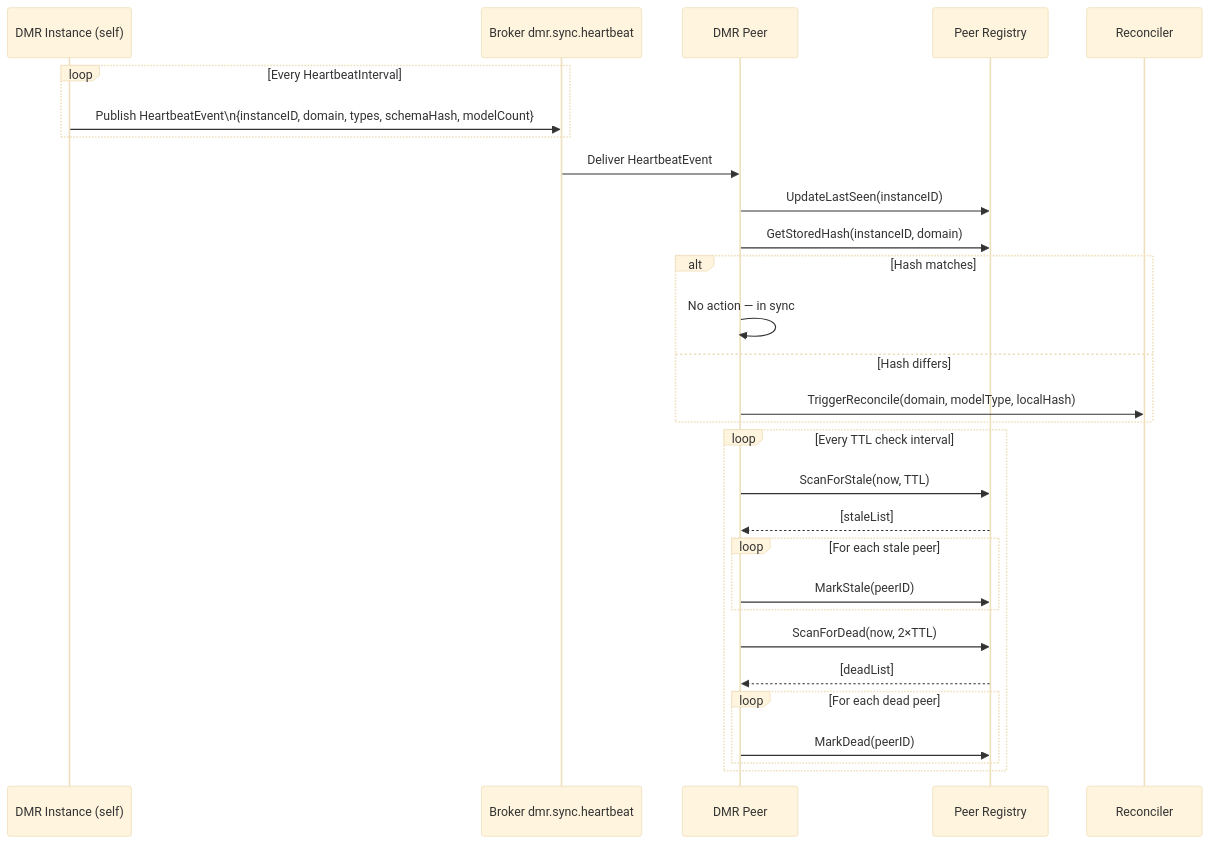
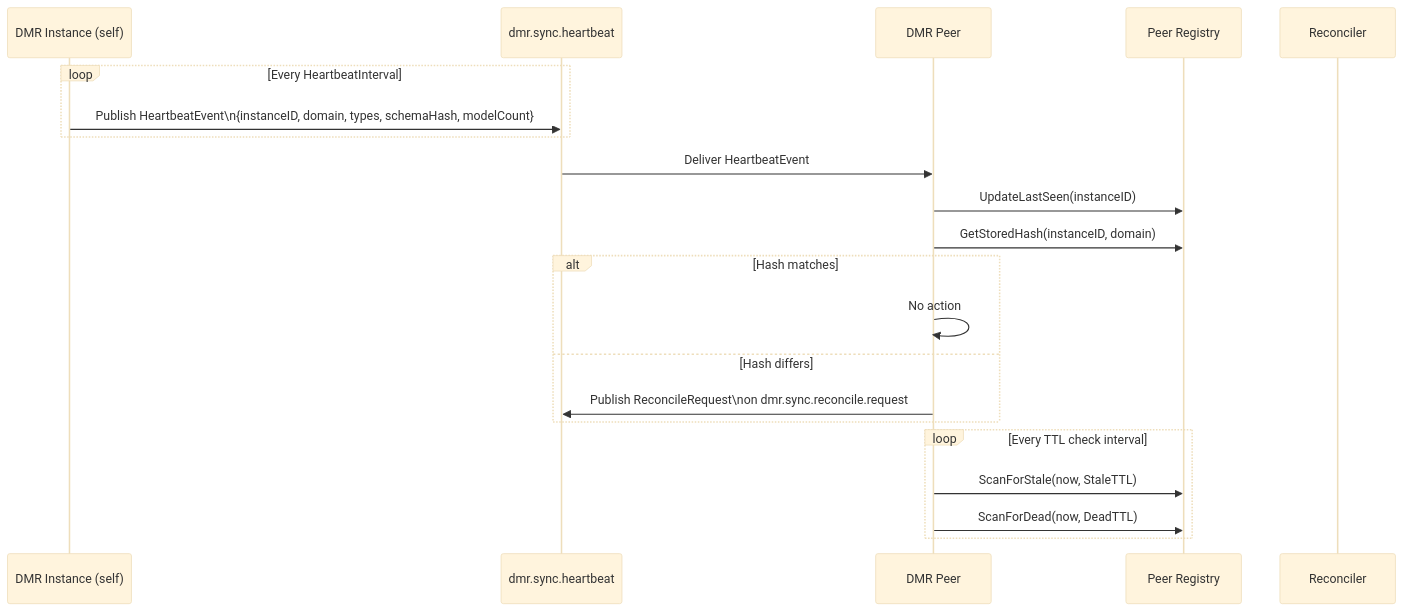
Diagram 14 of 19 in data-model-registry/dmr-sync-design.md (emirbh/misc), drawn with Mermaid (base theme) before and after one commit. The commit also changed other lines of this file, not shown here.

Commit message:
dmr sync

````diff
--- a/data-model-registry/dmr-sync-design.md
+++ b/data-model-registry/dmr-sync-design.md
@@ -440,36 +650,27 @@
 ```mermaid
 sequenceDiagram
     participant Self as DMR Instance (self)
-    participant B as Broker dmr.sync.heartbeat
+    participant B as dmr.sync.heartbeat
     participant Peer as DMR Peer
     participant Reg as Peer Registry
     participant Rec as Reconciler
 
     loop Every HeartbeatInterval
         Self->>B: Publish HeartbeatEvent\n{instanceID, domain, types, schemaHash, modelCount}
     end
 
     B->>Peer: Deliver HeartbeatEvent
-
     Peer->>Reg: UpdateLastSeen(instanceID)
     Peer->>Reg: GetStoredHash(instanceID, domain)
 
     alt Hash matches
-        Peer->>Peer: No action — in sync
+        Peer->>Peer: No action
     else Hash differs
-        Peer->>Rec: TriggerReconcile(domain, modelType, localHash)
+        Peer->>B: Publish ReconcileRequest\non dmr.sync.reconcile.request
     end
 
     loop Every TTL check interval
-        Peer->>Reg: ScanForStale(now, TTL)
-        Reg-->>Peer: [staleList]
-        loop For each stale peer
-            Peer->>Reg: MarkStale(peerID)
-        end
-        Peer->>Reg: ScanForDead(now, 2×TTL)
-        Reg-->>Peer: [deadList]
-        loop For each dead peer
-            Peer->>Reg: MarkDead(peerID)
-        end
+        Peer->>Reg: ScanForStale(now, StaleTTL)
+        Peer->>Reg: ScanForDead(now, DeadTTL)
     end
 ```
````
